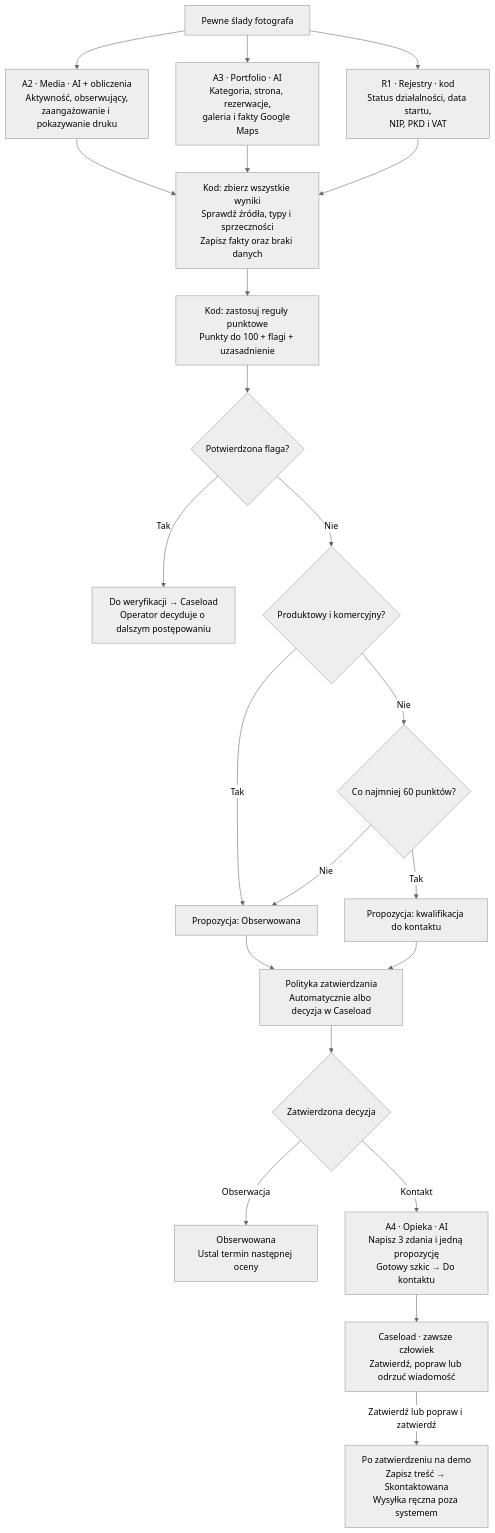
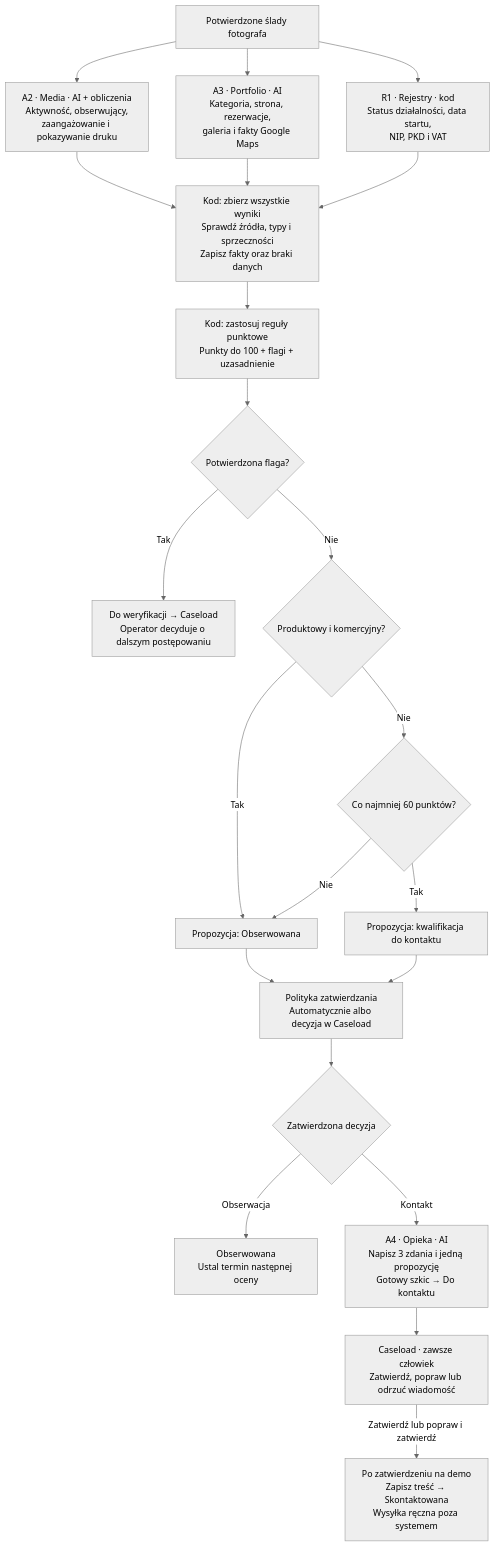
One commit to Asignolo/hackon changed the second of 2 diagrams in docs/przeplyw-do-rozmowy-z-zespolem.md. Above: the diagram before and after it, drawn with Mermaid (neutral theme). The commit also changed other lines of this file and 6 other files, not shown here.

````diff
--- a/docs/przeplyw-do-rozmowy-z-zespolem.md
+++ b/docs/przeplyw-do-rozmowy-z-zespolem.md
@@ -48,35 +48,35 @@
 ```mermaid
 flowchart TD
-    INPUT["Pewne ślady fotografa"]
+    INPUT["Potwierdzone ślady fotografa"]
     A2["A2 · Media · AI + obliczenia<br/>Aktywność, obserwujący,<br/>zaangażowanie i pokazywanie druku"]
     A3["A3 · Portfolio · AI<br/>Kategoria, strona, rezerwacje,<br/>galeria i fakty Google Maps"]
     R1["R1 · Rejestry · kod<br/>Status działalności, data startu,<br/>NIP, PKD i VAT"]
     JOIN["Kod: zbierz wszystkie wyniki<br/>Sprawdź źródła, typy i sprzeczności<br/>Zapisz fakty oraz braki danych"]
     SCORE["Kod: zastosuj reguły punktowe<br/>Punkty do 100 + flagi + uzasadnienie"]
     FLAG{"Potwierdzona flaga?"}
     REVIEW["Do weryfikacji → Caseload<br/>Operator decyduje o dalszym postępowaniu"]
     CATEGORY{"Produktowy i komercyjny?"}
     THRESHOLD{"Co najmniej 60 punktów?"}
     OBS["Propozycja: Obserwowana"]
     CONTACT["Propozycja: kwalifikacja do kontaktu"]
     POL["Polityka zatwierdzania<br/>Automatycznie albo decyzja w Caseload"]
     APPROVED{"Zatwierdzona decyzja"}
     NEXT["Obserwowana<br/>Ustal termin następnej oceny"]
     CARE["A4 · Opieka · AI<br/>Napisz 3 zdania i jedną propozycję<br/>Gotowy szkic → Do kontaktu"]
     HUMAN["Caseload · zawsze człowiek<br/>Zatwierdź, popraw lub odrzuć wiadomość"]
     DEMO["Po zatwierdzeniu na demo<br/>Zapisz treść → Skontaktowana<br/>Wysyłka ręczna poza systemem"]
     INPUT --> A2 & A3 & R1
     A2 & A3 & R1 --> JOIN
     JOIN --> SCORE --> FLAG
     FLAG -->|"Tak"| REVIEW
     FLAG -->|"Nie"| CATEGORY
     CATEGORY -->|"Tak"| OBS
     CATEGORY -->|"Nie"| THRESHOLD
     THRESHOLD -->|"Nie"| OBS
     THRESHOLD -->|"Tak"| CONTACT
     OBS & CONTACT --> POL --> APPROVED
     APPROVED -->|"Obserwacja"| NEXT
     APPROVED -->|"Kontakt"| CARE
     CARE --> HUMAN
     HUMAN -->|"Zatwierdź lub popraw i zatwierdź"| DEMO
 ```
````
